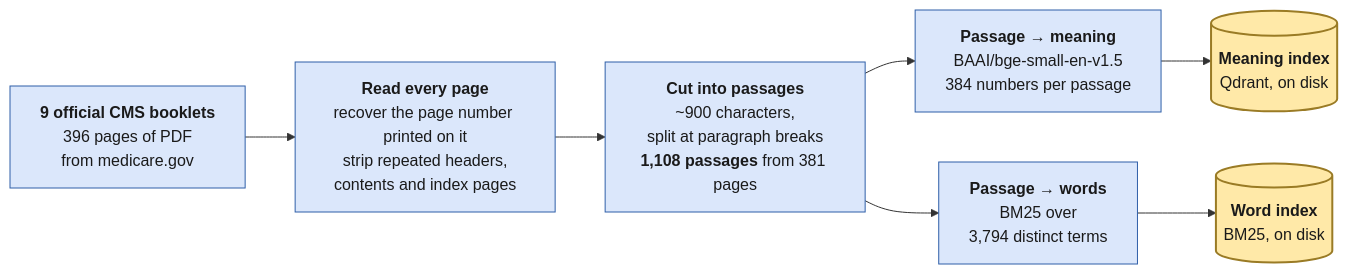
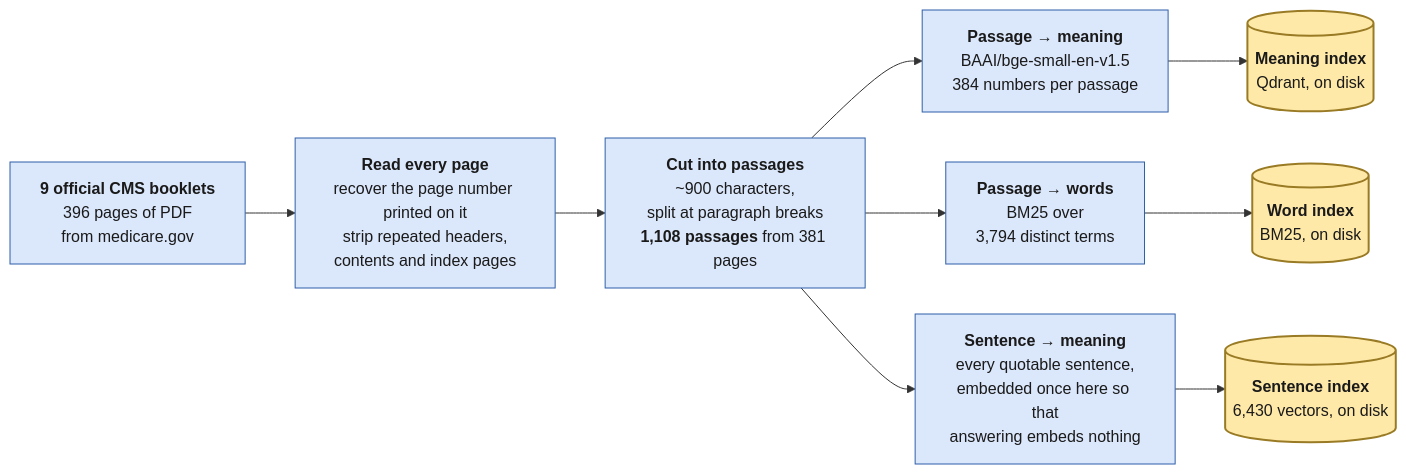
Before and after one commit to Sudam23/Medicare-RAG-Assistant: the first of 3 diagrams in README.md, drawn with Mermaid. The commit also changed other lines of this file and 14 other files, not shown here.

````diff
--- a/README.md
+++ b/README.md
@@ -76,19 +76,22 @@
 ```mermaid
 flowchart LR
     PDF["<b>9 official CMS booklets</b><br/>396 pages of PDF<br/>from medicare.gov"]
     PARSE["<b>Read every page</b><br/>recover the page number printed on it<br/>strip repeated headers,<br/>contents and index pages"]
     CHUNK["<b>Cut into passages</b><br/>~900 characters,<br/>split at paragraph breaks<br/><b>1,108 passages</b> from 381 pages"]
     EMB["<b>Passage &rarr; meaning</b><br/>BAAI/bge-small-en-v1.5<br/>384 numbers per passage"]
     LEX["<b>Passage &rarr; words</b><br/>BM25 over<br/>3,794 distinct terms"]
+    SENT["<b>Sentence &rarr; meaning</b><br/>every quotable sentence,<br/>embedded once here so that<br/>answering embeds nothing"]
     VDB[("<b>Meaning index</b><br/>Qdrant, on disk")]
     KDB[("<b>Word index</b><br/>BM25, on disk")]
+    SDB[("<b>Sentence index</b><br/>6,430 vectors, on disk")]
 
     PDF --> PARSE --> CHUNK
     CHUNK --> EMB --> VDB
     CHUNK --> LEX --> KDB
+    CHUNK --> SENT --> SDB
 
     classDef build fill:#dbe7fb,stroke:#2f5fa8,color:#1a1a1a
     classDef store fill:#ffe9a8,stroke:#9a7b25,stroke-width:2px,color:#1a1a1a
-    class PDF,PARSE,CHUNK,EMB,LEX build
-    class VDB,KDB store
+    class PDF,PARSE,CHUNK,EMB,LEX,SENT build
+    class VDB,KDB,SDB store
 ```
````
